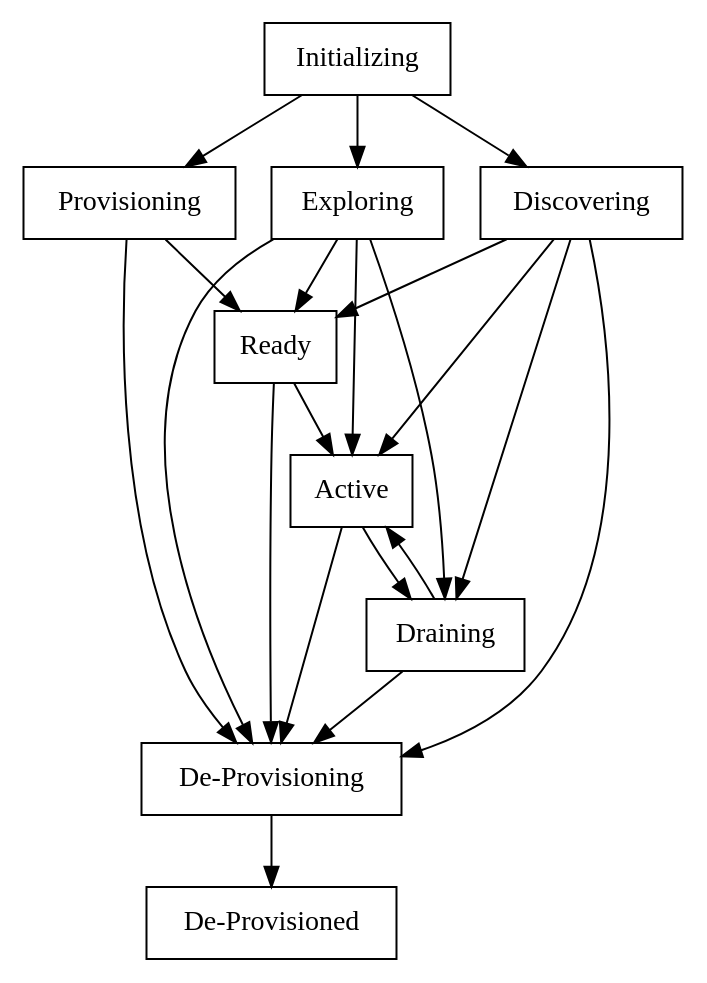
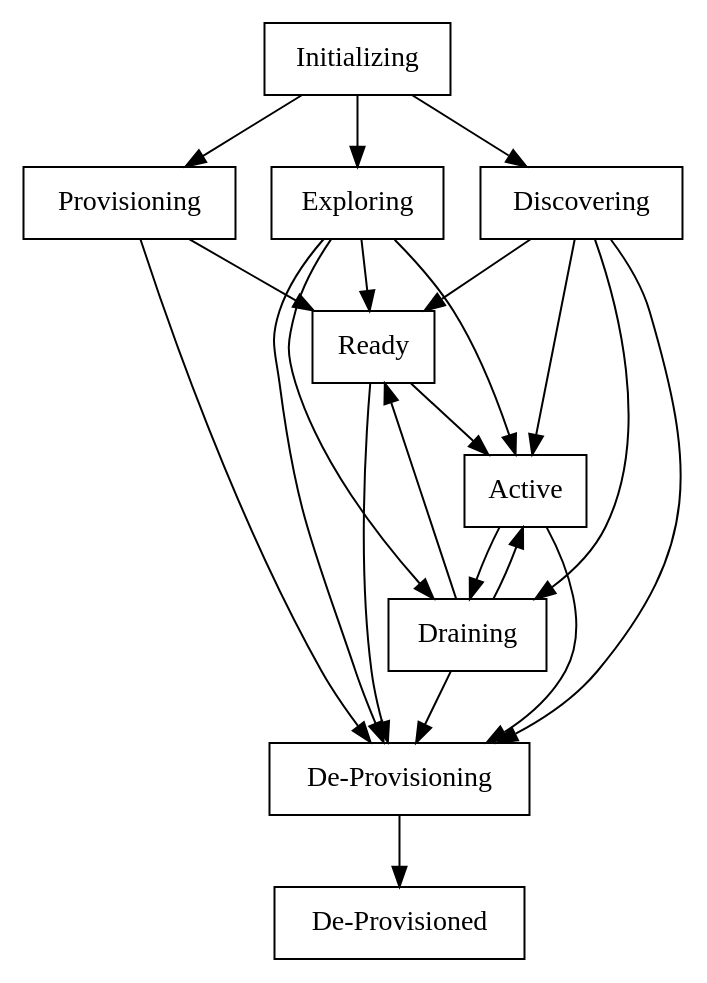
One commit to peaceman/grosp-eas changed the diagram in docs/node-controller-state-machine.dot. Above: the diagram before and after it, drawn with Graphviz. The commit also changed 6 other files, not shown here.

Commit message:
NodeGroupScaler: Add transition to let nodes switch from draining state into the ready state if they're drained because of scaling

```diff
--- a/docs/node-controller-state-machine.dot
+++ b/docs/node-controller-state-machine.dot
@@ -1,39 +1,40 @@
 digraph node_controller_state_machine {
     initializing [label="Initializing", shape=box]
     provisioning [label="Provisioning", shape=box]
     exploring [label="Exploring", shape=box]
     discovering [label="Discovering", shape=box]
     ready [label="Ready", shape=box]
     active [label="Active", shape=box]
     draining [label="Draining", shape=box]
     deprovisioning [label="De-Provisioning", shape=box]
     deprovisioned [label="De-Provisioned", shape=box]
 
     initializing -> provisioning
     initializing -> discovering
     initializing -> exploring
 
     provisioning -> ready
     provisioning -> deprovisioning
 
     exploring -> ready
     exploring -> active
     exploring -> draining
     exploring -> deprovisioning
 
     discovering -> ready
     discovering -> active
     discovering -> draining
     discovering -> deprovisioning
 
     ready -> active
     ready -> deprovisioning
 
     active -> draining
     active -> deprovisioning
 
     draining -> active
     draining -> deprovisioning
+    draining -> ready
 
     deprovisioning -> deprovisioned
 }
```
